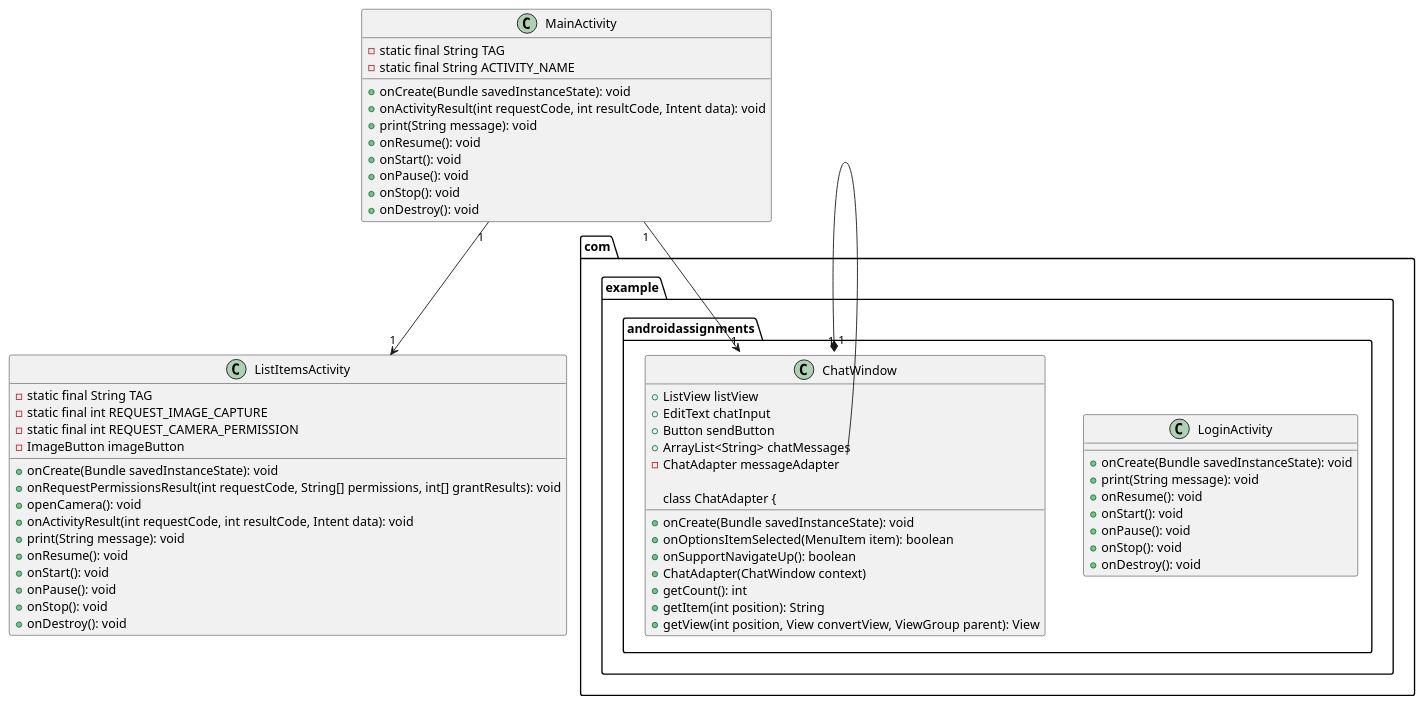
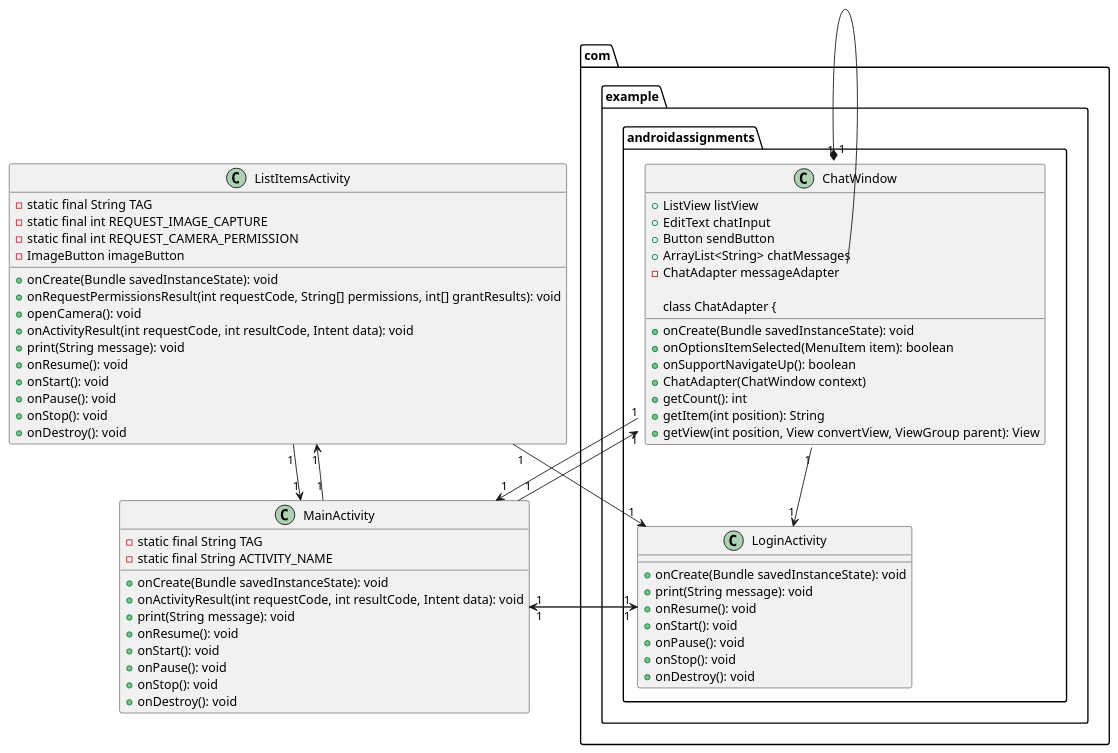
One commit to guneet0329/CP670 changed the diagram in app/src/main/java/com/example/androidassignments/ClassDiagram.puml. Above: the diagram before and after it, drawn with PlantUML. The commit also changed 4 other files, not shown here.

```diff
--- a/app/src/main/java/com/example/androidassignments/ClassDiagram.puml
+++ b/app/src/main/java/com/example/androidassignments/ClassDiagram.puml
@@ -1,68 +1,74 @@
 @startuml
 
 package com.example.androidassignments {
 
     class LoginActivity {
         + onCreate(Bundle savedInstanceState): void
         + print(String message): void
         + onResume(): void
         + onStart(): void
         + onPause(): void
         + onStop(): void
         + onDestroy(): void
     }
 
     class ChatWindow {
         + ListView listView
         + EditText chatInput
         + Button sendButton
         + ArrayList<String> chatMessages
         - ChatAdapter messageAdapter
         + onCreate(Bundle savedInstanceState): void
         + onOptionsItemSelected(MenuItem item): boolean
         + onSupportNavigateUp(): boolean
 
         class ChatAdapter {
             + ChatAdapter(ChatWindow context)
             + getCount(): int
             + getItem(int position): String
             + getView(int position, View convertView, ViewGroup parent): View
         }
     }
 
     class ListItemsActivity {
         - static final String TAG
         - static final int REQUEST_IMAGE_CAPTURE
         - static final int REQUEST_CAMERA_PERMISSION
         - ImageButton imageButton
         + onCreate(Bundle savedInstanceState): void
         + onRequestPermissionsResult(int requestCode, String[] permissions, int[] grantResults): void
         + openCamera(): void
         + onActivityResult(int requestCode, int resultCode, Intent data): void
         + print(String message): void
         + onResume(): void
         + onStart(): void
         + onPause(): void
         + onStop(): void
         + onDestroy(): void
     }
 
     class MainActivity {
         - static final String TAG
         - static final String ACTIVITY_NAME
         + onCreate(Bundle savedInstanceState): void
         + onActivityResult(int requestCode, int resultCode, Intent data): void
         + print(String message): void
         + onResume(): void
         + onStart(): void
         + onPause(): void
         + onStop(): void
         + onDestroy(): void
     }
 
-    ChatWindow "1" *-- "1" ChatWindow::ChatAdapter
+    LoginActivity "1" --> "1" MainActivity
     MainActivity "1" --> "1" ListItemsActivity
     MainActivity "1" --> "1" ChatWindow
+    MainActivity "1" --> "1" LoginActivity
+    ListItemsActivity "1" --> "1" MainActivity
+    ListItemsActivity "1" --> "1" LoginActivity
+    ChatWindow "1" *-- "1" ChatWindow::ChatAdapter
+    ChatWindow "1" --> "1" MainActivity
+    ChatWindow "1" --> "1" LoginActivity
 }
 
 @enduml
```
